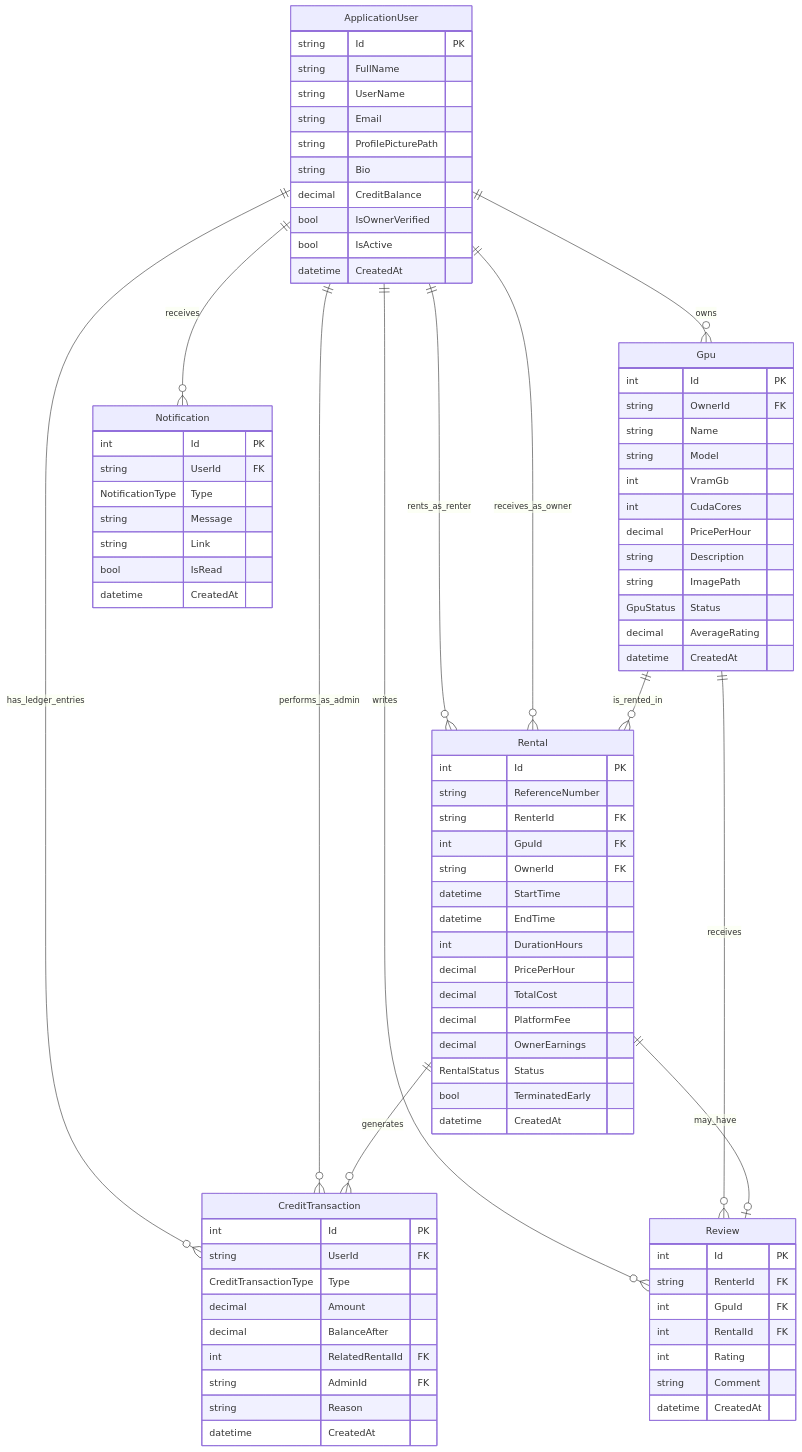
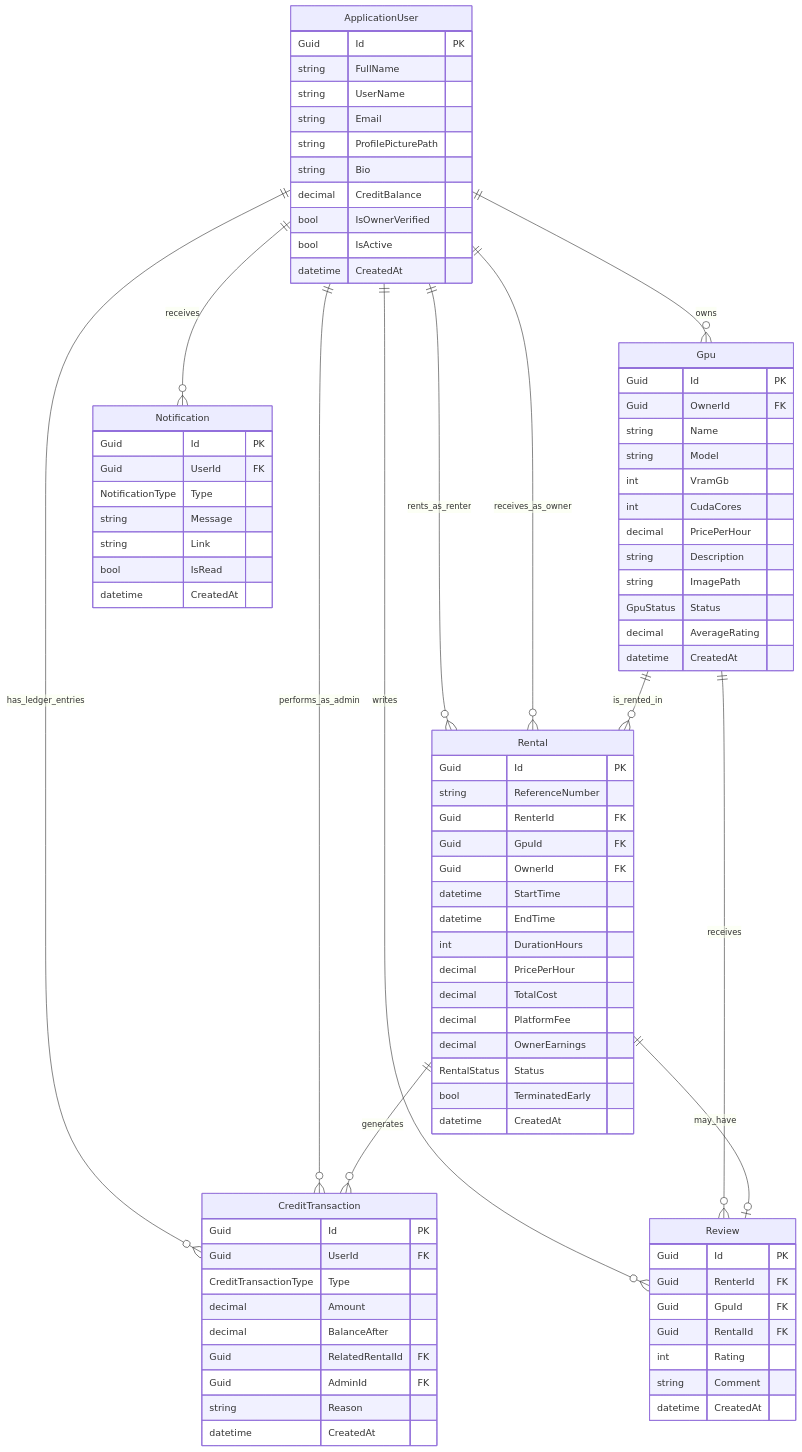
Before and after one commit to CtrlAltElite-Devs/cloud-compute: the diagram in CloudCompute/Docs/entity-relationships.md, drawn with Mermaid. The commit also changed 6 other files, not shown here.

```diff
--- a/CloudCompute/Docs/entity-relationships.md
+++ b/CloudCompute/Docs/entity-relationships.md
@@ -21,7 +21,7 @@
     Rental ||--o| Review : may_have
 
     ApplicationUser {
-        string Id PK
+        Guid Id PK
         string FullName
         string UserName
         string Email
@@ -34,8 +34,8 @@
     }
 
     Gpu {
-        int Id PK
-        string OwnerId FK
+        Guid Id PK
+        Guid OwnerId FK
         string Name
         string Model
         int VramGb
@@ -49,11 +49,11 @@
     }
 
     Rental {
-        int Id PK
+        Guid Id PK
         string ReferenceNumber
-        string RenterId FK
-        int GpuId FK
-        string OwnerId FK
+        Guid RenterId FK
+        Guid GpuId FK
+        Guid OwnerId FK
         datetime StartTime
         datetime EndTime
         int DurationHours
@@ -67,30 +67,30 @@
     }
 
     CreditTransaction {
-        int Id PK
-        string UserId FK
+        Guid Id PK
+        Guid UserId FK
         CreditTransactionType Type
         decimal Amount
         decimal BalanceAfter
-        int RelatedRentalId FK
-        string AdminId FK
+        Guid RelatedRentalId FK
+        Guid AdminId FK
         string Reason
         datetime CreatedAt
     }
 
     Review {
-        int Id PK
-        string RenterId FK
-        int GpuId FK
-        int RentalId FK
+        Guid Id PK
+        Guid RenterId FK
+        Guid GpuId FK
+        Guid RentalId FK
         int Rating
         string Comment
         datetime CreatedAt
     }
 
     Notification {
-        int Id PK
-        string UserId FK
+        Guid Id PK
+        Guid UserId FK
         NotificationType Type
         string Message
         string Link
```
